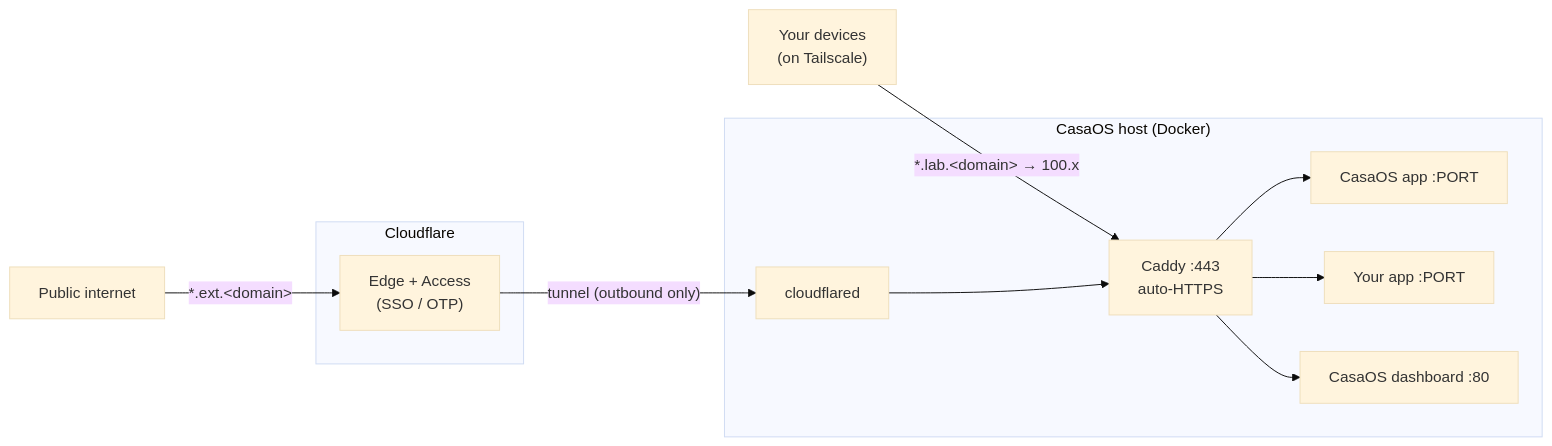
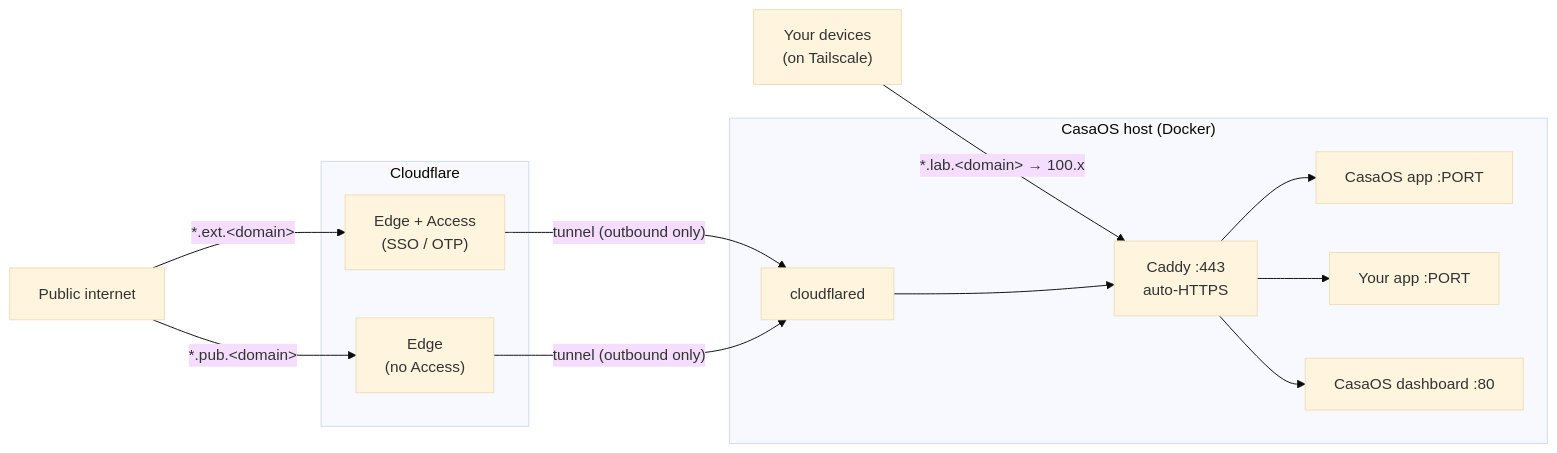
The diagram in docs/architecture.md (gabrielforster/homelab), drawn with Mermaid (base theme) before and after one commit. The commit also changed other lines of this file and 4 other files, not shown here.

````diff
--- a/docs/architecture.md
+++ b/docs/architecture.md
@@ -6,25 +7,28 @@
 ```mermaid
 flowchart LR
     dev["Your devices<br/>(on Tailscale)"]
     pub["Public internet"]
 
     subgraph cf["Cloudflare"]
         edge["Edge + Access<br/>(SSO / OTP)"]
+        edgeopen["Edge<br/>(no Access)"]
     end
 
     subgraph host["CasaOS host (Docker)"]
         cfd["cloudflared"]
         caddy["Caddy :443<br/>auto-HTTPS"]
         app1["CasaOS app :PORT"]
         app2["Your app :PORT"]
         dash["CasaOS dashboard :80"]
     end
 
     dev -->|"*.lab.&lt;domain&gt; → 100.x"| caddy
     pub -->|"*.ext.&lt;domain&gt;"| edge
+    pub -->|"*.pub.&lt;domain&gt;"| edgeopen
     edge -->|"tunnel (outbound only)"| cfd
+    edgeopen -->|"tunnel (outbound only)"| cfd
     cfd --> caddy
     caddy --> app1
     caddy --> app2
     caddy --> dash
 ```
````
